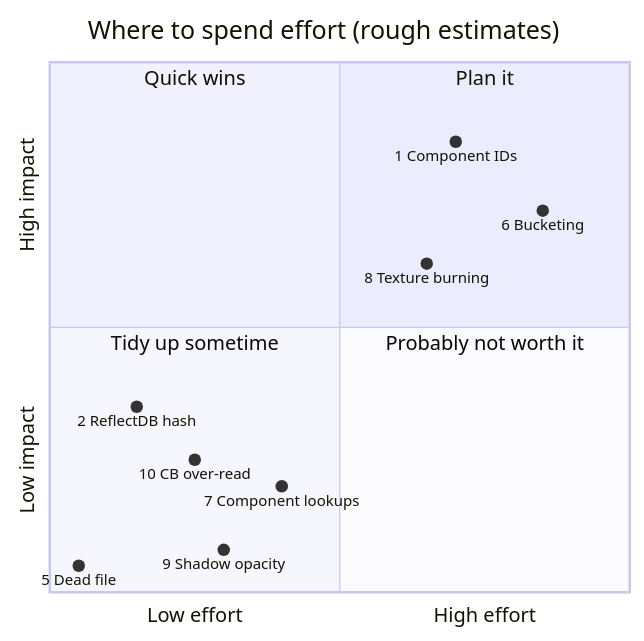
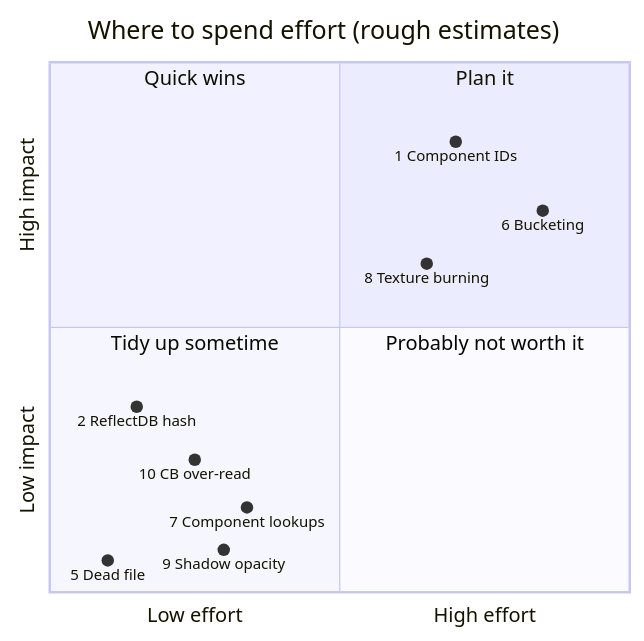
One commit to b1nary0/RZE changed the diagram in Docs/Generated/Engine/10-KnownIssues/Architectural-Notes-And-TODOs.md. Above: the diagram before and after it, drawn with Mermaid. The commit also changed other lines of this file and 28 other files, not shown here.

First line of the commit message:
Docs: Windows harness mode, VS 2026, Linux Makefile, and Mermaid fixes

````diff
--- a/Docs/Generated/Engine/10-KnownIssues/Architectural-Notes-And-TODOs.md
+++ b/Docs/Generated/Engine/10-KnownIssues/Architectural-Notes-And-TODOs.md
@@ -49,18 +51,18 @@
 ```mermaid
 quadrantChart
     title Where to spend effort (rough estimates)
     x-axis Low effort --> High effort
     y-axis Low impact --> High impact
     quadrant-1 Plan it
     quadrant-2 Quick wins
     quadrant-3 Tidy up sometime
     quadrant-4 Probably not worth it
     "1 Component IDs": [0.7, 0.85]
     "6 Bucketing": [0.85, 0.72]
     "8 Texture burning": [0.65, 0.62]
     "2 ReflectDB hash": [0.15, 0.35]
     "10 CB over-read": [0.25, 0.25]
-    "5 Dead file": [0.05, 0.05]
-    "7 Component lookups": [0.4, 0.2]
+    "5 Dead file": [0.1, 0.06]
+    "7 Component lookups": [0.34, 0.16]
     "9 Shadow opacity": [0.3, 0.08]
 ```
````
